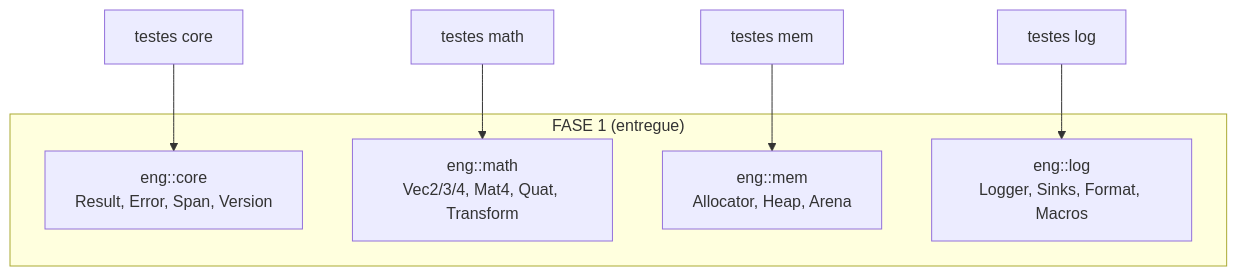
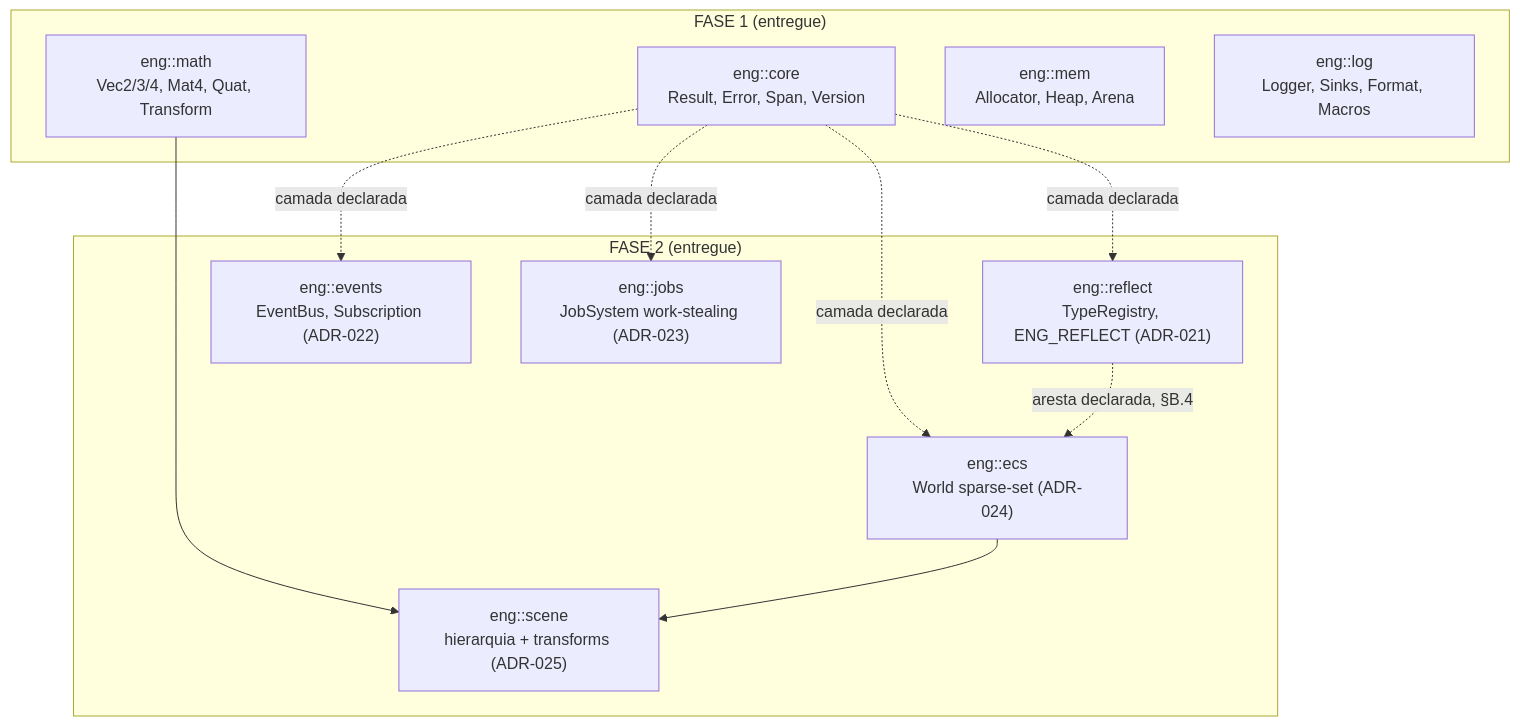
The first of 2 diagrams in docs/architecture/00-overview.md (criandojogodenovo-sketch/g.oni), drawn with Mermaid before and after one commit. The commit also changed other lines of this file and 1 other file, not shown here.

First line of the commit message:
docs: estado FASE 2 — README, grafo entregue e matriz de adjacência

````diff
--- a/docs/architecture/00-overview.md
+++ b/docs/architecture/00-overview.md
@@ -14,14 +16,23 @@
 ```mermaid
 graph TD
     subgraph "FASE 1 (entregue)"
         core["eng::core<br/>Result, Error, Span, Version"]
         math["eng::math<br/>Vec2/3/4, Mat4, Quat, Transform"]
         mem["eng::mem<br/>Allocator, Heap, Arena"]
         log["eng::log<br/>Logger, Sinks, Format, Macros"]
     end
-
-    tests_core["testes core"] --> core
-    tests_math["testes math"] --> math
-    tests_mem["testes mem"] --> mem
-    tests_log["testes log"] --> log
+    subgraph "FASE 2 (entregue)"
+        reflect["eng::reflect<br/>TypeRegistry, ENG_REFLECT (ADR-021)"]
+        events["eng::events<br/>EventBus, Subscription (ADR-022)"]
+        jobs["eng::jobs<br/>JobSystem work-stealing (ADR-023)"]
+        ecs["eng::ecs<br/>World sparse-set (ADR-024)"]
+        scene["eng::scene<br/>hierarquia + transforms (ADR-025)"]
+    end
+    core -.->|camada declarada| reflect
+    core -.->|camada declarada| events
+    core -.->|camada declarada| jobs
+    core -.->|camada declarada| ecs
+    reflect -.->|aresta declarada, §B.4| ecs
+    math --> scene
+    ecs --> scene
 ```
````
